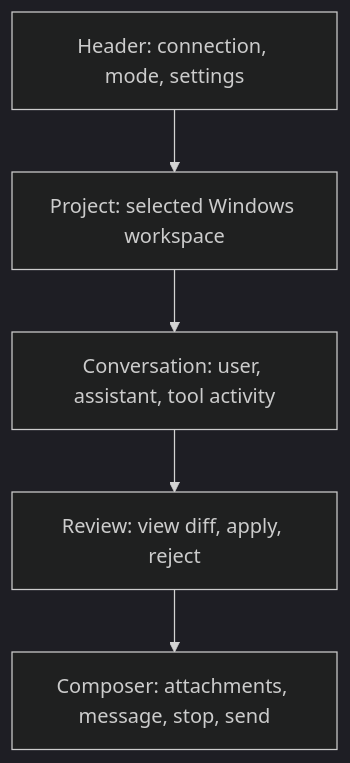
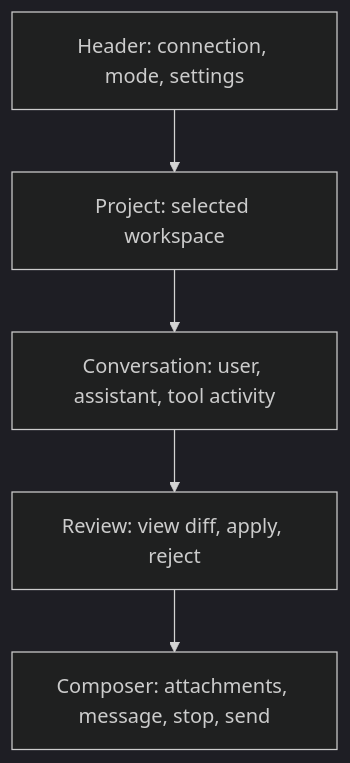
One commit to gisyaliny/ai changed the diagram in docs/workshops/macstudio-agent/05-controller-and-interface.md. Above: the diagram before and after it, drawn with Mermaid (dark theme). The commit also changed other lines of this file and 14 other files, not shown here.

````diff
--- a/docs/workshops/macstudio-agent/05-controller-and-interface.md
+++ b/docs/workshops/macstudio-agent/05-controller-and-interface.md
@@ -317,9 +327,9 @@
 ```{mermaid}
 flowchart TB
     H["Header: connection, mode, settings"]
-    P["Project: selected Windows workspace"]
+    P["Project: selected workspace"]
     C["Conversation: user, assistant, tool activity"]
     D["Review: view diff, apply, reject"]
     I["Composer: attachments, message, stop, send"]
     H --> P --> C --> D --> I
 ```
````
